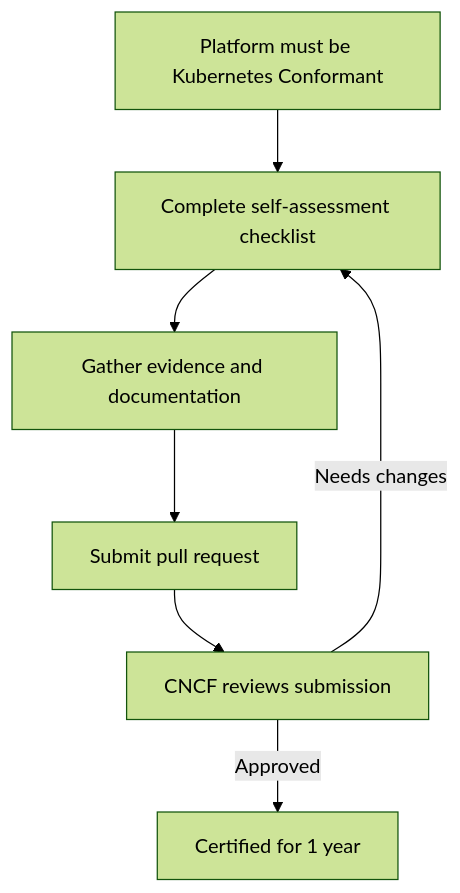
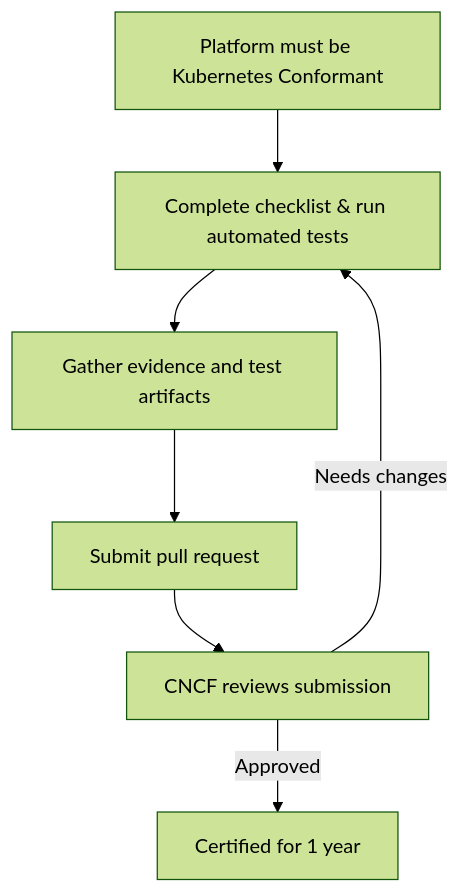
Before and after one commit to cncf/k8s-ai-conformance: the diagram in README.md, drawn with Mermaid (forest theme). The commit also changed other lines of this file and 4 other files, not shown here.

First line of the commit message:
docs: update automated tests and hybrid verification guidance

````diff
--- a/README.md
+++ b/README.md
@@ -116,9 +117,9 @@
 ```mermaid
 flowchart TD
-    A[Platform must be Kubernetes Conformant] --> B[Complete self-assessment checklist]
-    B --> C[Gather evidence and documentation]
+    A[Platform must be Kubernetes Conformant] --> B[Complete checklist & run automated tests]
+    B --> C[Gather evidence and test artifacts]
     C --> D[Submit pull request]
     D --> E[CNCF reviews submission]
     E -->|Approved| F[Certified for 1 year]
     E -->|Needs changes| B
 ```
````
